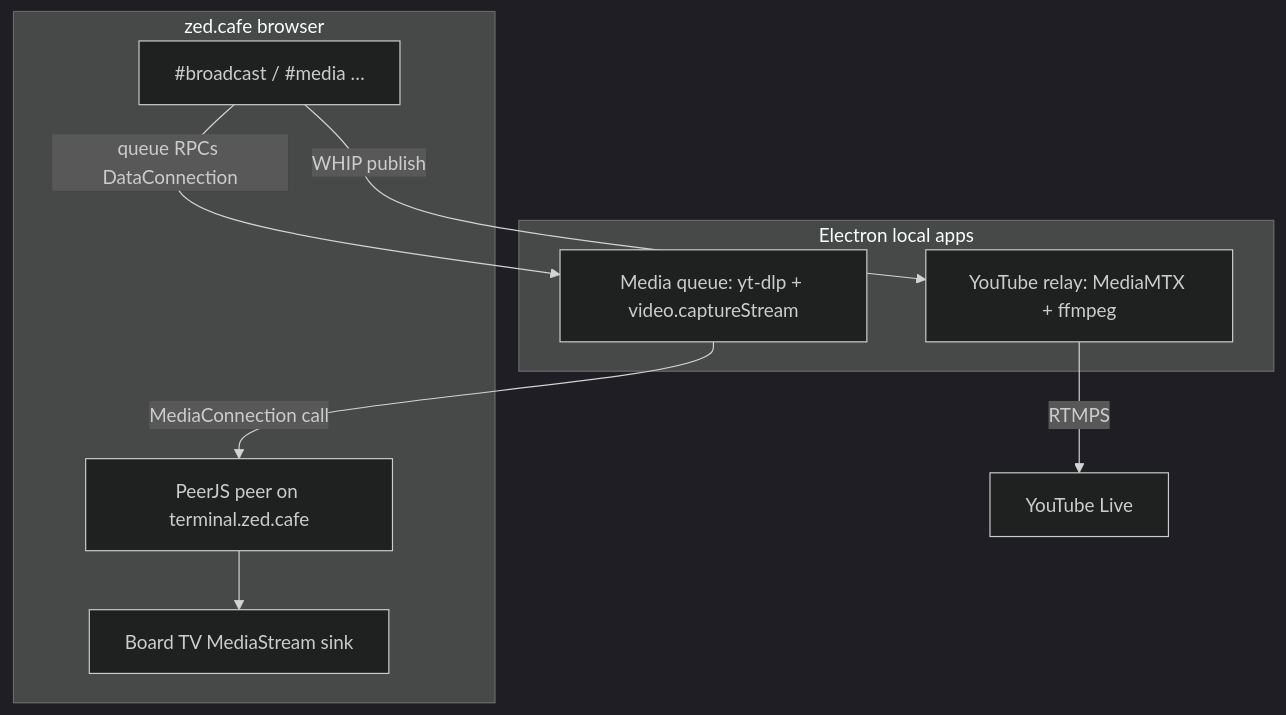
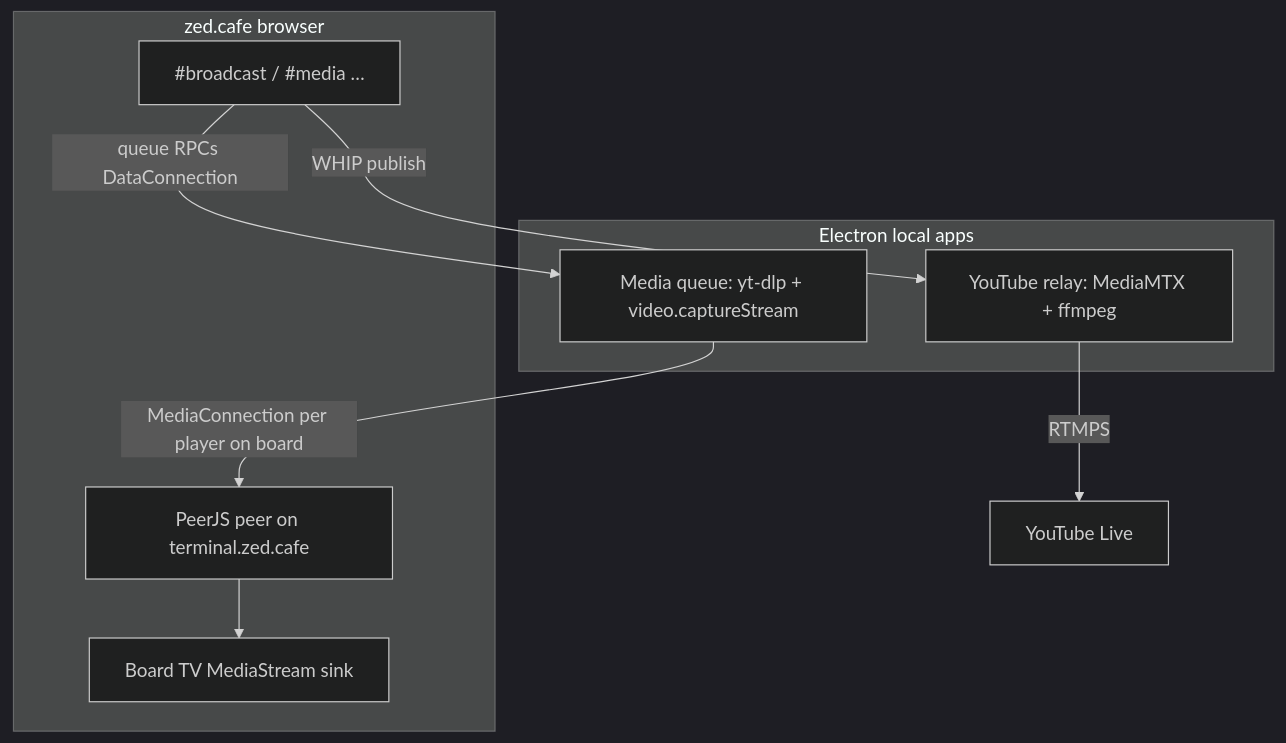
Before and after one commit to goldbuick/zed-software-system: the diagram in ops/docs/local-media-helpers-tauri.mdx, drawn with Mermaid (dark theme). The commit also changed other lines of this file and 30 other files, not shown here.

````diff
--- a/ops/docs/local-media-helpers-tauri.mdx
+++ b/ops/docs/local-media-helpers-tauri.mdx
@@ -18,19 +18,19 @@
 ```mermaid
 flowchart TB
   subgraph cafe [zed.cafe browser]
     CLI["#broadcast / #media …"]
     Peer["PeerJS peer on terminal.zed.cafe"]
     TV["Board TV MediaStream sink"]
   end
 
   subgraph helpers [Electron local apps]
     YT["YouTube relay: MediaMTX + ffmpeg"]
     MQ["Media queue: yt-dlp + video.captureStream"]
   end
 
   CLI -->|WHIP publish| YT
   YT -->|RTMPS| YouTube[YouTube Live]
   CLI -->|queue RPCs DataConnection| MQ
-  MQ -->|MediaConnection call| Peer
+  MQ -->|MediaConnection per player on board| Peer
   Peer --> TV
 ```
````
